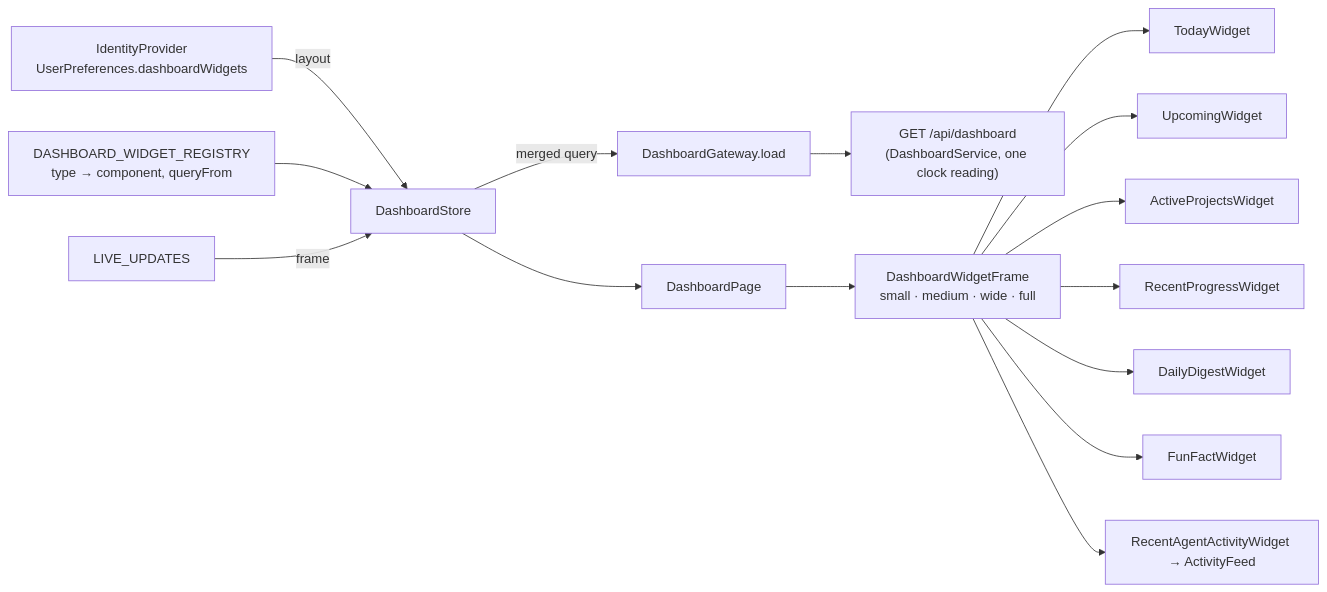
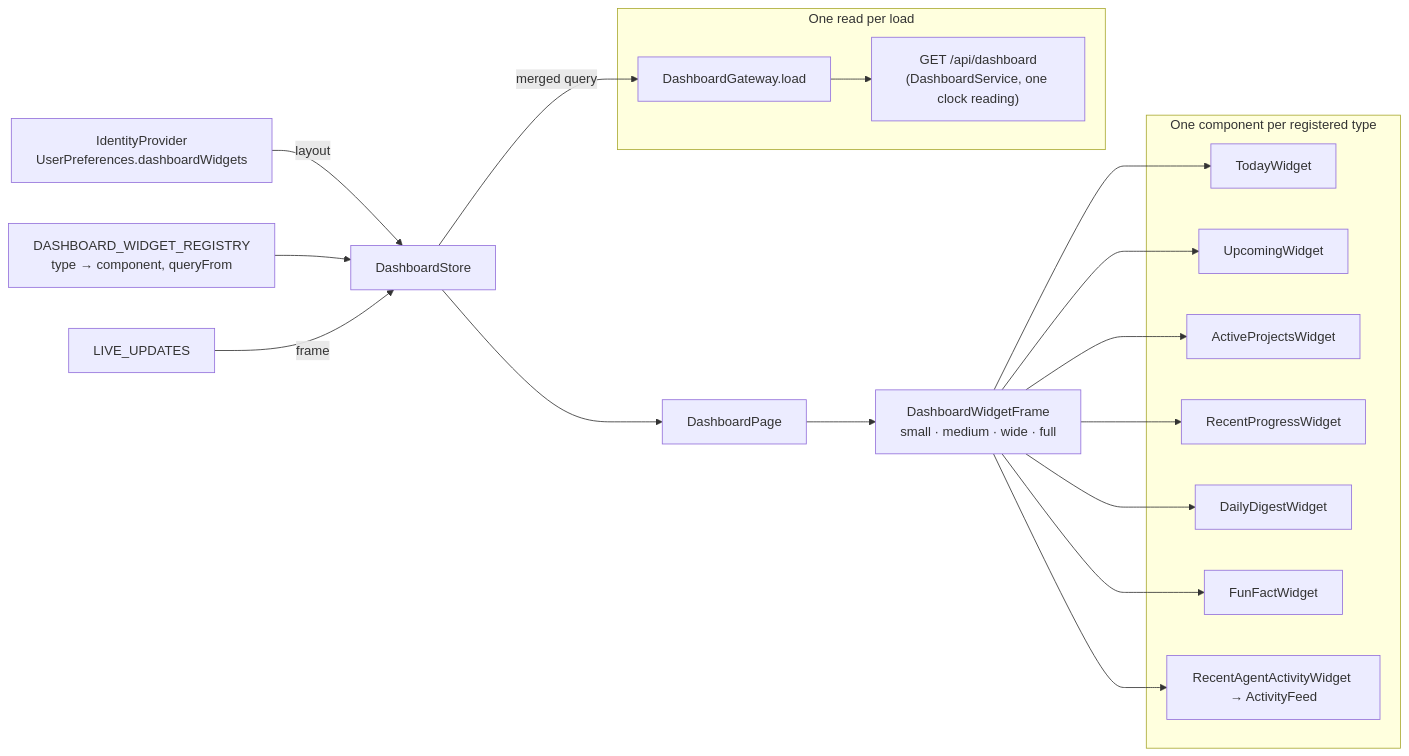
Before and after one commit to CalciteDragon/Canvas-work-manager-prototype: the diagram in docs/architecture/web/dashboard/what.md, drawn with Mermaid. The commit also changed 18 other files, not shown here.

First line of the commit message:
docs: validate mermaid diagrams and fix broken ones

````diff
--- a/docs/architecture/web/dashboard/what.md
+++ b/docs/architecture/web/dashboard/what.md
@@ -5,17 +5,28 @@
 ```mermaid
 flowchart LR
   id["IdentityProvider<br/>UserPreferences.dashboardWidgets"] -->|layout| store["DashboardStore"]
   reg["DASHBOARD_WIDGET_REGISTRY<br/>type → component, queryFrom"] --> store
-  store -->|merged query| gw["DashboardGateway.load"]
-  gw --> host["GET /api/dashboard<br/>(DashboardService, one clock reading)"]
+  live["LIVE_UPDATES"] -->|frame| store
   store --> page["DashboardPage"]
   page --> frame["DashboardWidgetFrame<br/>small · medium · wide · full"]
-  frame --> w1["TodayWidget"]
-  frame --> w2["UpcomingWidget"]
-  frame --> w3["ActiveProjectsWidget"]
-  frame --> w4["RecentProgressWidget"]
-  frame --> w5["DailyDigestWidget"]
-  frame --> w6["FunFactWidget"]
-  frame --> w7["RecentAgentActivityWidget → ActivityFeed"]
-  live["LIVE_UPDATES"] -->|frame| store
+  subgraph widgets["One component per registered type"]
+    w1["TodayWidget"]
+    w2["UpcomingWidget"]
+    w3["ActiveProjectsWidget"]
+    w4["RecentProgressWidget"]
+    w5["DailyDigestWidget"]
+    w6["FunFactWidget"]
+    w7["RecentAgentActivityWidget → ActivityFeed"]
+  end
+  frame --> w1
+  frame --> w2
+  frame --> w3
+  frame --> w4
+  frame --> w5
+  frame --> w6
+  frame --> w7
+  subgraph read["One read per load"]
+    gw["DashboardGateway.load"] --> host["GET /api/dashboard<br/>(DashboardService, one clock reading)"]
+  end
+  store -->|merged query| gw
 ```
````
